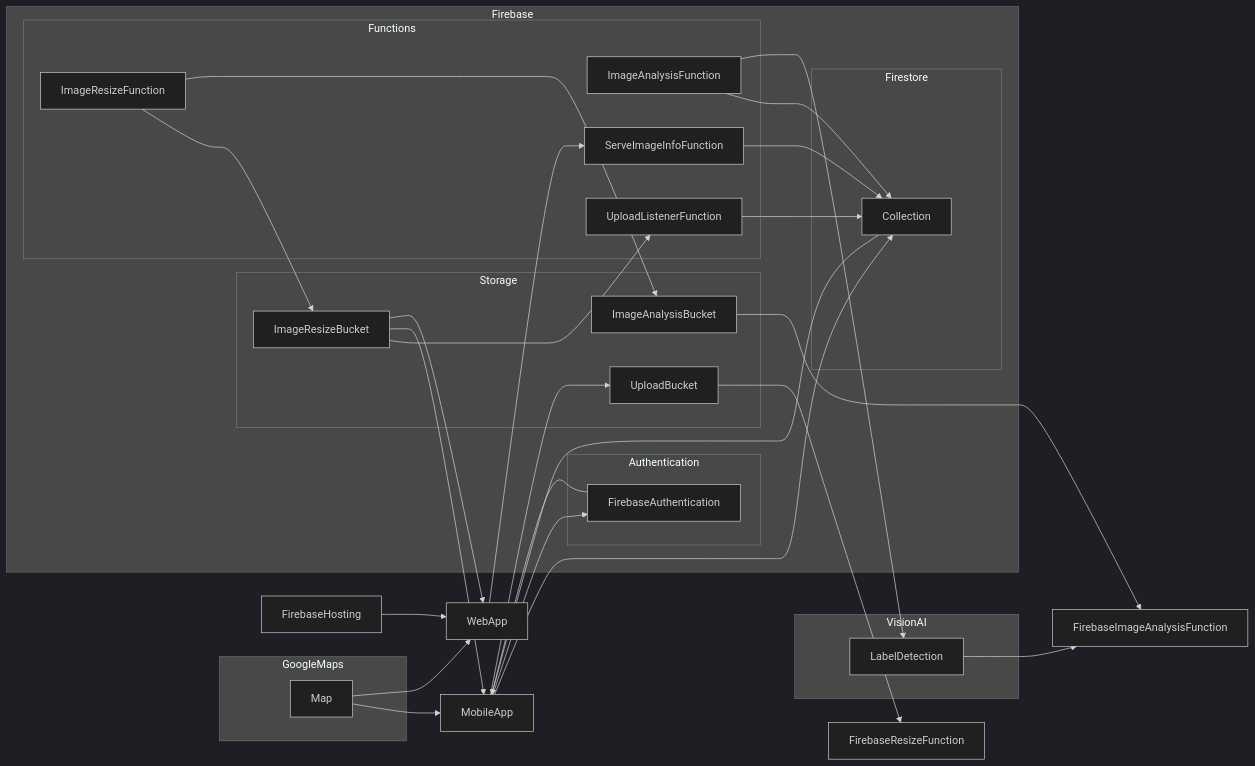
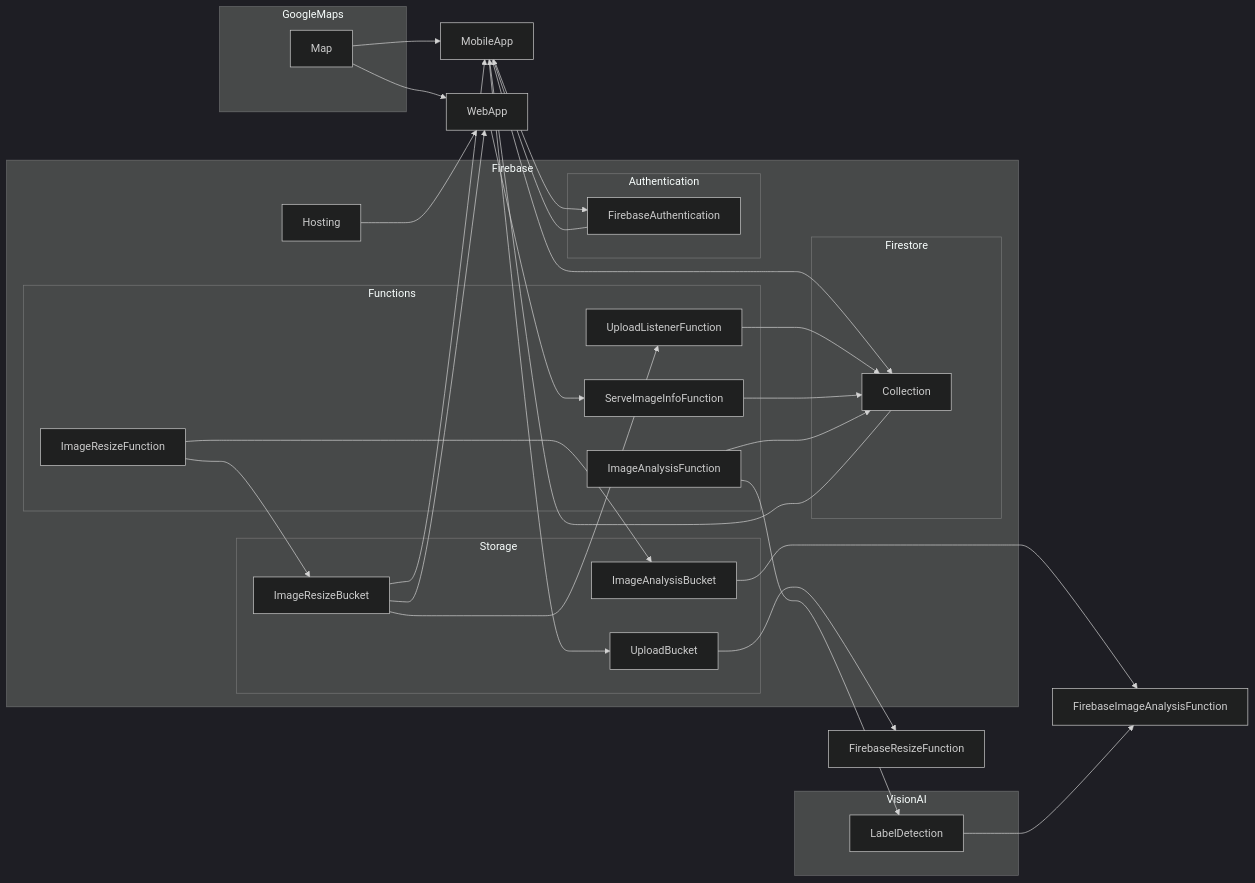
Before and after one commit to zorrokid/nature-photos: the diagram in README.md, drawn with Mermaid (dark theme).

````diff
--- a/README.md
+++ b/README.md
@@ -5,60 +5,62 @@
 ```mermaid
 graph LR
 
   MobileApp
 
   WebApp
 
   subgraph GoogleMaps
     Map
   end
 
   subgraph VisionAI
     LabelDetection
   end
 
   subgraph Firebase
     subgraph Storage
        UploadBucket 
        ImageResizeBucket
        ImageAnalysisBucket
     end
     subgraph Firestore
        Collection 
     end
 
     subgraph Functions
       ImageResizeFunction
       ImageAnalysisFunction
       UploadListenerFunction
       ServeImageInfoFunction
     end
 
     subgraph Authentication
       FirebaseAuthentication
     end
 
+    Hosting
+
   end
 
   FirebaseAuthentication --> MobileApp
-  FirebaseHosting --> WebApp
+  Hosting --> WebApp
   MobileApp --> UploadBucket
   MobileApp --> Collection
   MobileApp --> FirebaseAuthentication 
   Collection --> MobileApp 
   UploadBucket --> FirebaseResizeFunction
   ImageResizeFunction --> ImageResizeBucket 
   ImageResizeFunction --> ImageAnalysisBucket
   ImageResizeBucket --> UploadListenerFunction
   ImageResizeBucket --> MobileApp
   ImageResizeBucket --> WebApp
   UploadListenerFunction --> Collection
   WebApp --> ServeImageInfoFunction
   ServeImageInfoFunction --> Collection
   ImageAnalysisBucket --> FirebaseImageAnalysisFunction
   ImageAnalysisFunction --> Collection 
   ImageAnalysisFunction --> LabelDetection
   LabelDetection --> FirebaseImageAnalysisFunction
   Map --> MobileApp
   Map --> WebApp
 ```
````
